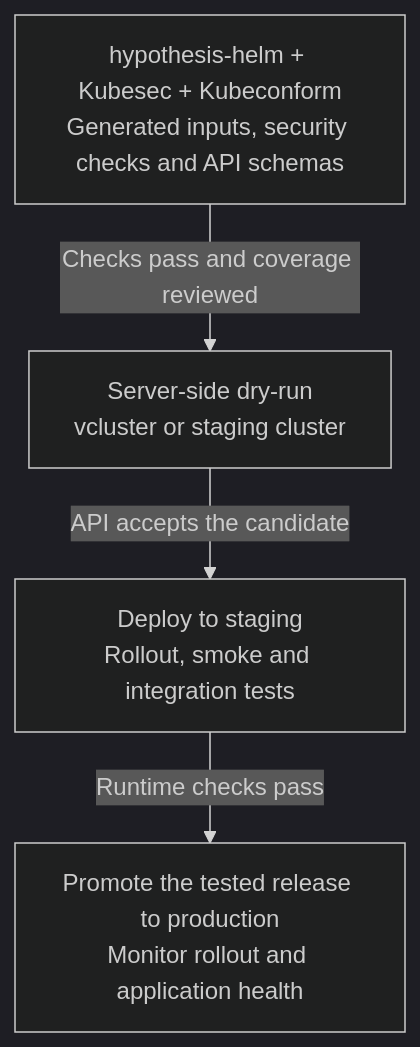
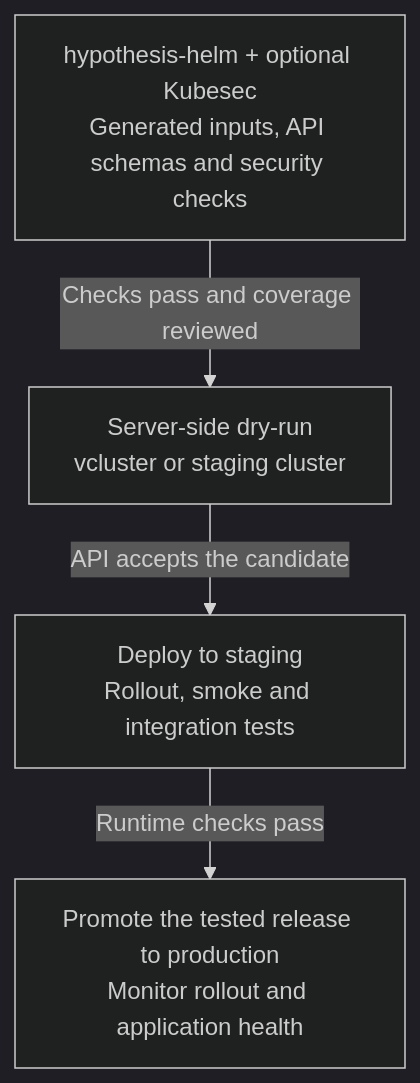
The diagram in README.md (actions-marketplace-validations/astrivant_hypothesis-helm), drawn with Mermaid (dark theme) before and after one commit. The commit also changed other lines of this file and 61 other files, not shown here.

````diff
--- a/README.md
+++ b/README.md
@@ -172,10 +172,10 @@
 ```mermaid
 flowchart TD
-    tests["hypothesis-helm + Kubesec + Kubeconform<br/>Generated inputs, security checks and API schemas"]
+    tests["hypothesis-helm + optional Kubesec<br/>Generated inputs, API schemas and security checks"]
     admission["Server-side dry-run<br/>vcluster or staging cluster"]
     staging["Deploy to staging<br/>Rollout, smoke and integration tests"]
     production["Promote the tested release to production<br/>Monitor rollout and application health"]
     tests -->|Checks pass and coverage reviewed| admission
     admission -->|API accepts the candidate| staging
     staging -->|Runtime checks pass| production
 ```
````
